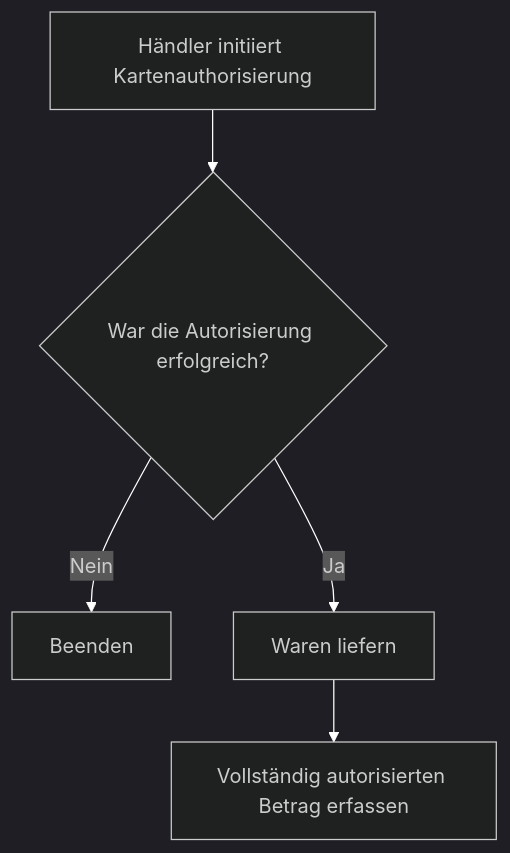
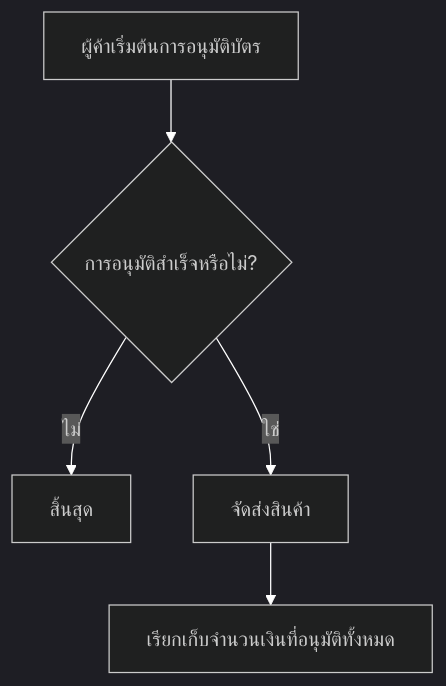
One commit to Moeenahamd/moeenahamd.github.io changed the first of 2 diagrams in i18n/th/docusaurus-plugin-content-docs/current/guides/capture.mdx. Above: the diagram before and after it, drawn with Mermaid (dark theme). The commit also changed other lines of this file and 3 other files, not shown here.

````diff
--- a/i18n/th/docusaurus-plugin-content-docs/current/guides/capture.mdx
+++ b/i18n/th/docusaurus-plugin-content-docs/current/guides/capture.mdx
@@ -66,10 +66,9 @@
 ```mermaid
 flowchart TD
-  A[Händler initiiert Kartenauthorisierung] --> B{War die Autorisierung erfolgreich?}
-  B -- Nein --> C[Beenden]
-  B -- Ja --> D[Waren liefern]
- 
-  D --> E[Vollständig autorisierten Betrag erfassen]
-  
+  A[ผู้ค้าเริ่มต้นการอนุมัติบัตร] --> B{การอนุมัติสำเร็จหรือไม่?}
+  B -- ไม่ --> C[สิ้นสุด]
+  B -- ใช่ --> D[จัดส่งสินค้า]
+  D --> E[เรียกเก็บจำนวนเงินที่อนุมัติทั้งหมด]
+
   linkStyle 0,1,2,3 stroke:white,stroke-width:1px;
 ```
````
